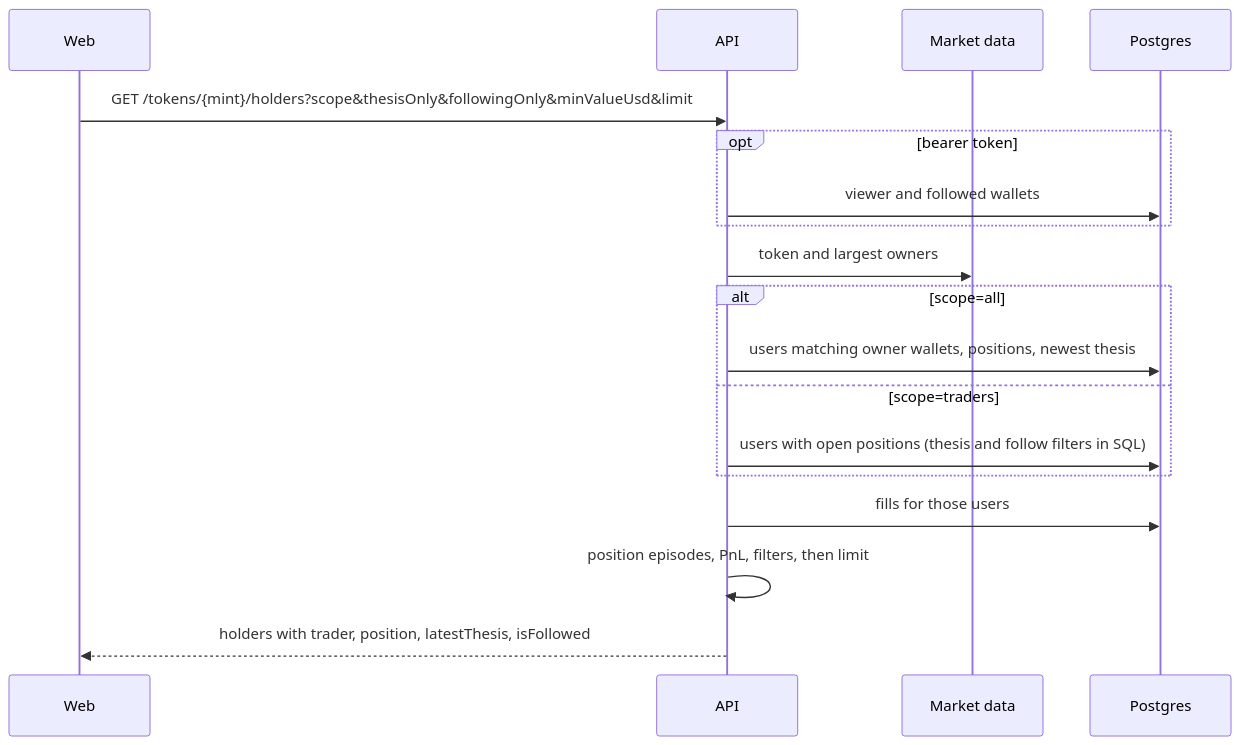
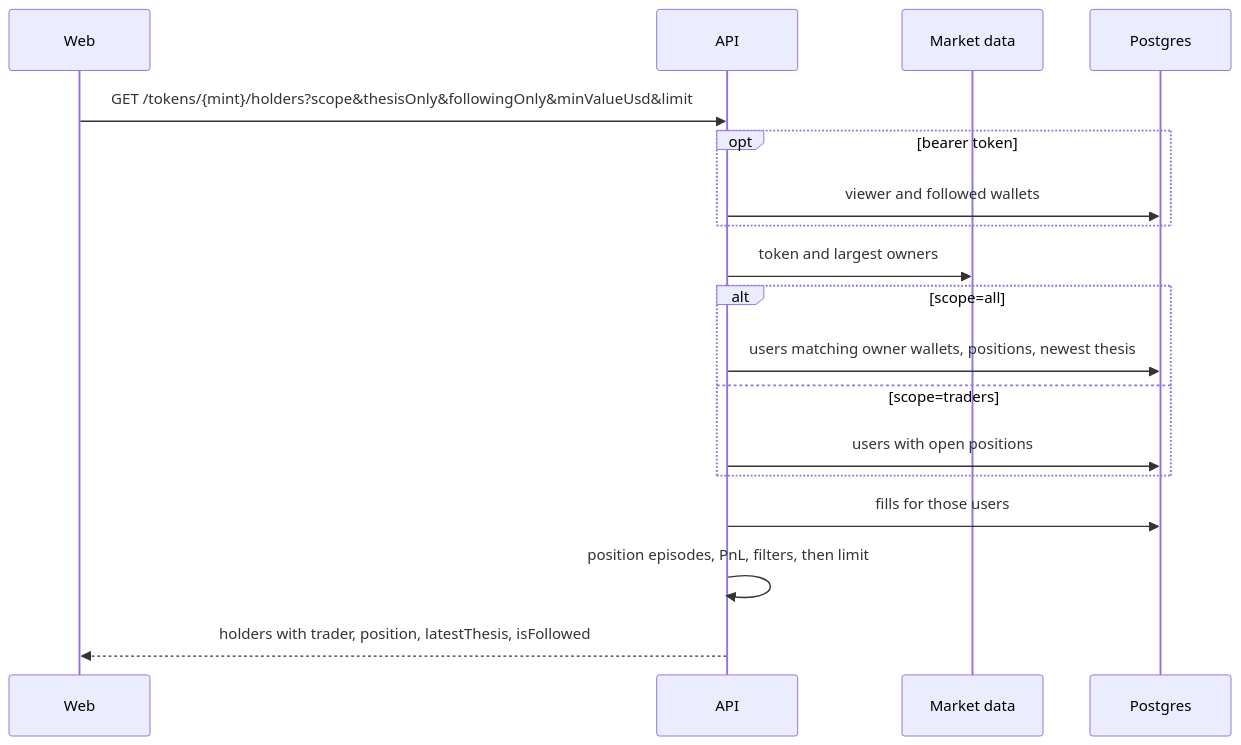
The fourth of 10 diagrams in docs/flows.md (jog01/agele), drawn with Mermaid before and after one commit. The commit also changed other lines of this file and 5 other files, not shown here.

````diff
--- a/docs/flows.md
+++ b/docs/flows.md
@@ -152,20 +153,20 @@
 ```mermaid
 sequenceDiagram
   participant W as Web
   participant A as API
   participant M as Market data
   participant P as Postgres
   W->>A: GET /tokens/{mint}/holders?scope&thesisOnly&followingOnly&minValueUsd&limit
   opt bearer token
     A->>P: viewer and followed wallets
   end
   A->>M: token and largest owners
   alt scope=all
     A->>P: users matching owner wallets, positions, newest thesis
   else scope=traders
-    A->>P: users with open positions (thesis and follow filters in SQL)
+    A->>P: users with open positions
   end
   A->>P: fills for those users
   A->>A: position episodes, PnL, filters, then limit
   A-->>W: holders with trader, position, latestThesis, isFollowed
 ```
````
